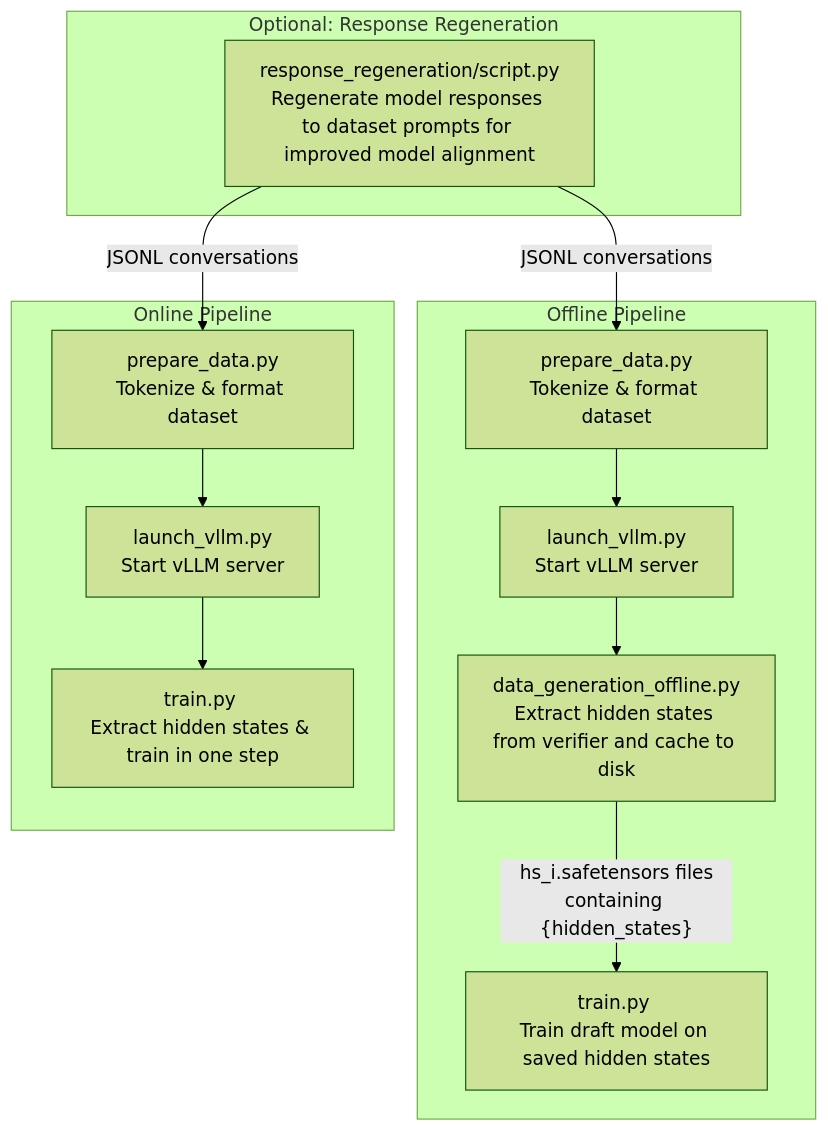
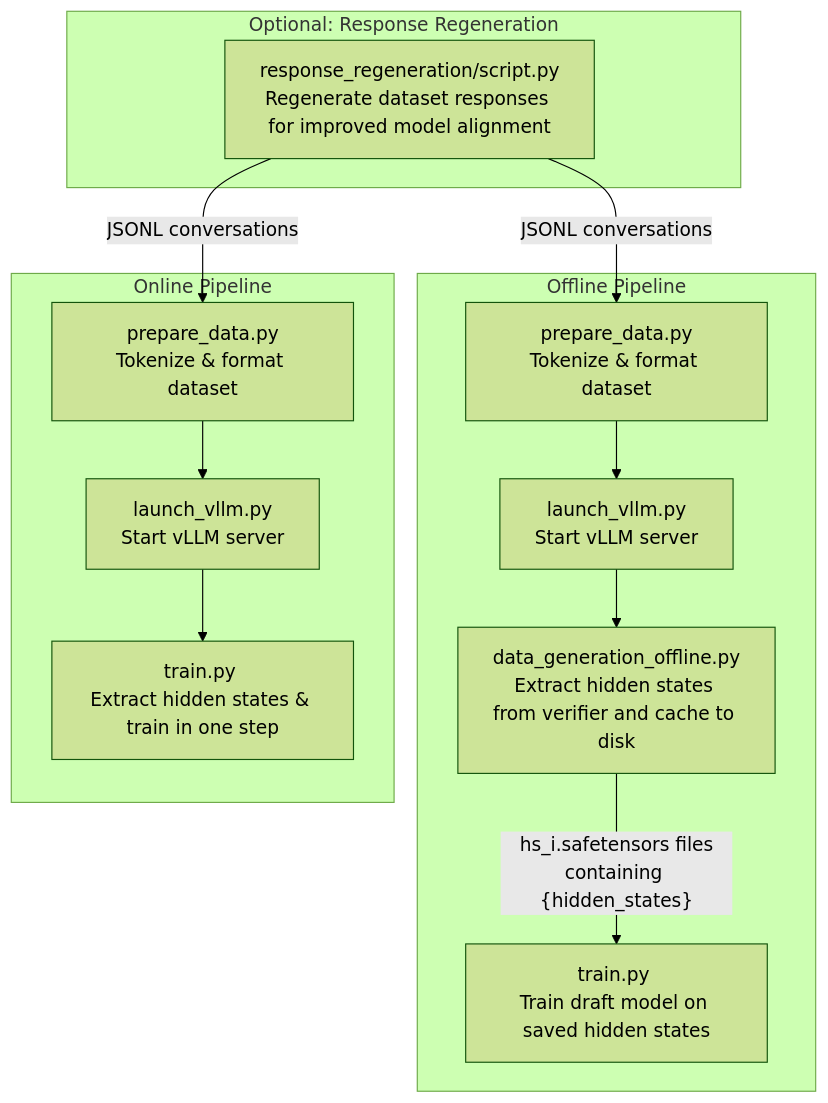
The diagram in docs/cli/index.md (vllm-project/speculators), drawn with Mermaid (forest theme) before and after one commit. The commit also changed other lines of this file and 5 other files, not shown here.

Commit message:
Add response regeneration cli page and update tutorial

````diff
--- a/docs/cli/index.md
+++ b/docs/cli/index.md
@@ -20,32 +21,33 @@
 ```mermaid
 flowchart TD
     subgraph optional ["Optional: Response Regeneration"]
-        A["response_regeneration/script.py\nRegenerate model responses to dataset prompts for improved model alignment"]
+        A["response_regeneration/script.py\nRegenerate dataset responses for improved model alignment"]
     end
 
     subgraph offline ["Offline Pipeline"]
         B["prepare_data.py\nTokenize & format dataset"]
         C["launch_vllm.py\nStart vLLM server"]
         D["data_generation_offline.py\nExtract hidden states from verifier and cache to disk"]
         E["train.py \nTrain draft model on saved hidden states"]
     end
 
     subgraph online ["Online Pipeline"]
         F["prepare_data.py\nTokenize & format dataset"]
         G["launch_vllm.py\nStart vLLM server"]
         H["train.py \nExtract hidden states & train in one step"]
     end
 
     A -- "JSONL conversations" --> B
     A -- "JSONL conversations" --> F
     B --> C --> D -- "hs_i.safetensors files\ncontaining {hidden_states}" --> E
     F --> G --> H
 
     click B "prepare_data/" _self
     click F "prepare_data/" _self
     click C "launch_vllm/" _self
     click G "launch_vllm/" _self
     click D "data_generation_offline/" _self
     click E "train/" _self
+    click A "response_regeneration/" _self
     click H "train/" _self
 ```
````
